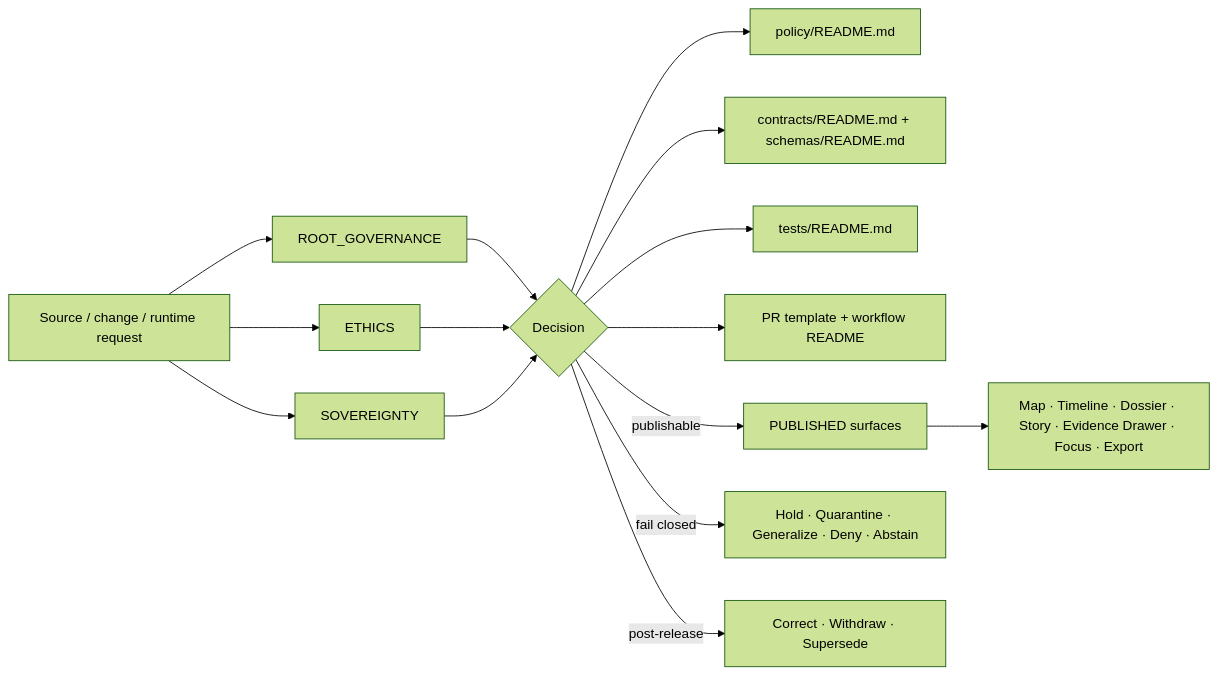
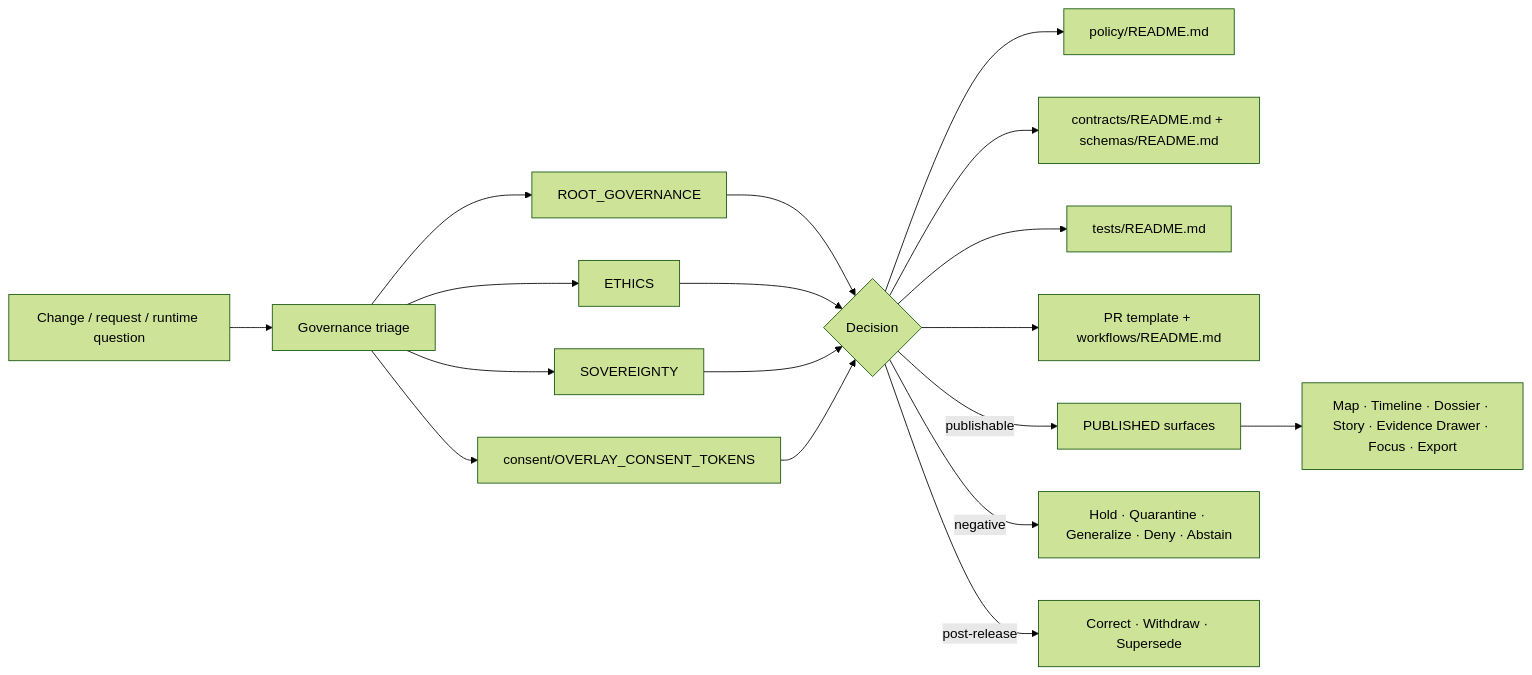
Before and after one commit to bartytime4life/Kansas-Frontier-Matrix: the diagram in docs/governance/README.md, drawn with Mermaid (forest theme). The commit also changed other lines of this file, not shown here.

````diff
--- a/docs/governance/README.md
+++ b/docs/governance/README.md
@@ -141,21 +178,24 @@
 ```mermaid
 flowchart LR
-    A[Source / change / runtime request] --> B[ROOT_GOVERNANCE]
-    A --> C[ETHICS]
-    A --> D[SOVEREIGNTY]
+    A[Change / request / runtime question] --> B[Governance triage]
+    B --> C[ROOT_GOVERNANCE]
+    B --> D[ETHICS]
+    B --> E[SOVEREIGNTY]
+    B --> F[consent/OVERLAY_CONSENT_TOKENS]
 
-    B --> E{Decision}
-    C --> E
-    D --> E
+    C --> G{Decision}
+    D --> G
+    E --> G
+    F --> G
 
-    E --> F[policy/README.md]
-    E --> G[contracts/README.md + schemas/README.md]
-    E --> H[tests/README.md]
-    E --> I[PR template + workflow README]
+    G --> H[policy/README.md]
+    G --> I[contracts/README.md + schemas/README.md]
+    G --> J[tests/README.md]
+    G --> K[PR template + workflows/README.md]
 
-    E -->|publishable| J[PUBLISHED surfaces]
-    J --> K[Map · Timeline · Dossier · Story · Evidence Drawer · Focus · Export]
+    G -->|publishable| L[PUBLISHED surfaces]
+    L --> M[Map · Timeline · Dossier · Story · Evidence Drawer · Focus · Export]
 
-    E -->|fail closed| L[Hold · Quarantine · Generalize · Deny · Abstain]
-    E -->|post-release| M[Correct · Withdraw · Supersede]
+    G -->|negative| N[Hold · Quarantine · Generalize · Deny · Abstain]
+    G -->|post-release| O[Correct · Withdraw · Supersede]
 ```
````
